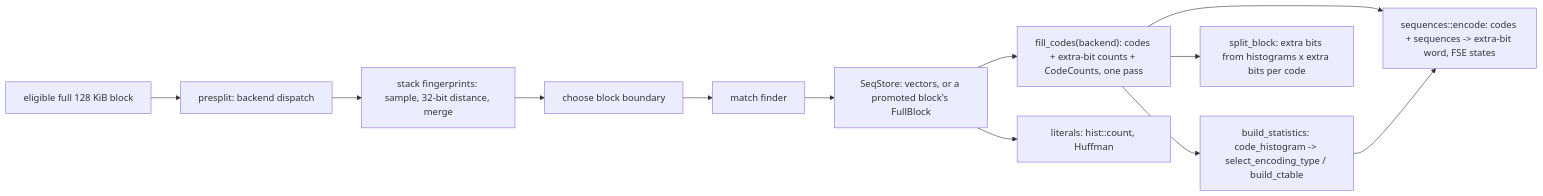
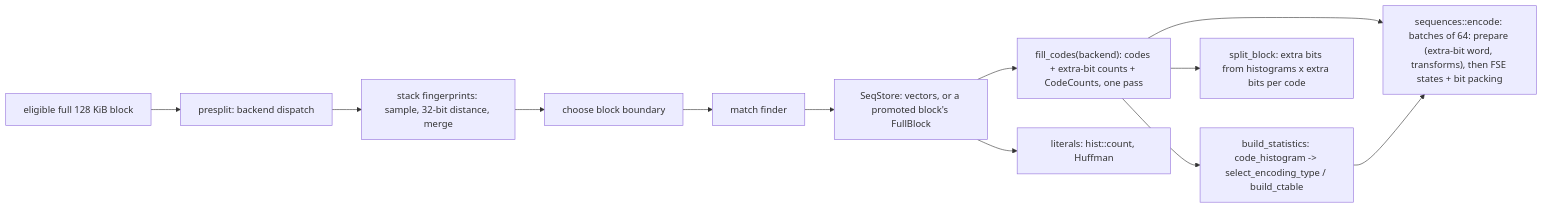
One commit to M-Compressors/mzstd changed the tenth of 20 diagrams in architecture/encoder-core.md. Above: the diagram before and after it, drawn with Mermaid. The commit also changed other lines of this file and 336 other files, not shown here.

````diff
--- a/architecture/encoder-core.md
+++ b/architecture/encoder-core.md
@@ -466,14 +525,14 @@
 ```mermaid
 flowchart LR
     PRE[eligible full 128 KiB block] --> PB["presplit: backend dispatch"]
     PB --> FP["stack fingerprints: sample, 32-bit distance, merge"]
     FP --> BC["choose block boundary"]
     BC --> MF
     MF[match finder] --> SS["SeqStore: vectors, or a promoted block's FullBlock"]
     SS --> FC["fill_codes(backend): codes + extra-bit counts + CodeCounts, one pass"]
     FC --> ST["build_statistics: code_histogram -> select_encoding_type / build_ctable"]
-    FC --> EN["sequences::encode: codes + sequences -> extra-bit word, FSE states"]
+    FC --> EN["sequences::encode: batches of 64: prepare (extra-bit word, transforms), then FSE states + bit packing"]
     ST --> EN
     SS --> LIT["literals: hist::count, Huffman"]
     FC --> SB["split_block: extra bits from histograms x extra bits per code"]
 ```
````
